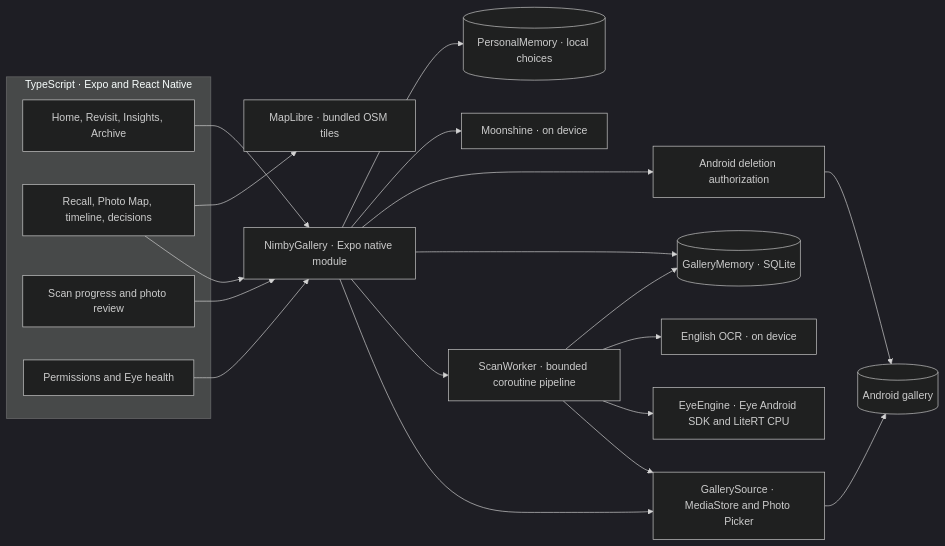
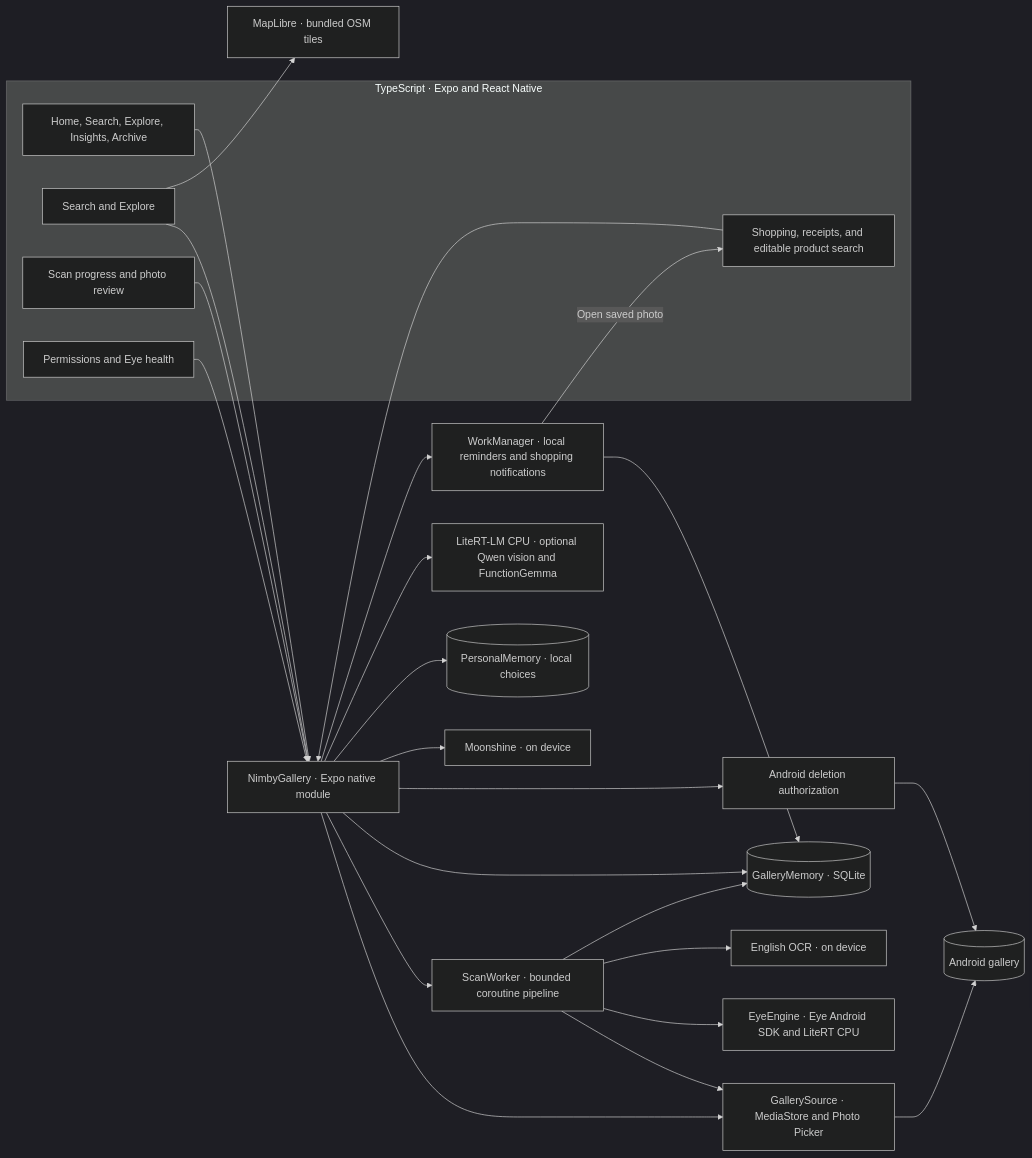
The first of 3 diagrams in README.md (harishkotra/nimby), drawn with Mermaid (dark theme) before and after one commit. The commit also changed other lines of this file and 28 other files, not shown here.

Commit message:
Add Explore, photo follow-ups, and on-device product search

````diff
--- a/README.md
+++ b/README.md
@@ -24,39 +35,47 @@
 ```mermaid
 flowchart LR
     subgraph UI["TypeScript · Expo and React Native"]
-        App["Home, Revisit, Insights, Archive"]
-        Recall["Recall, Photo Map, timeline, decisions"]
+        App["Home, Search, Explore, Insights, Archive"]
+        Recall["Search and Explore"]
         Review["Scan progress and photo review"]
         Settings["Permissions and Eye health"]
+        FollowUps["Shopping, receipts, and editable product search"]
     end
 
     Bridge["NimbyGallery · Expo native module"]
     Source["GallerySource · MediaStore and Photo Picker"]
     Worker["ScanWorker · bounded coroutine pipeline"]
     Eye["EyeEngine · Eye Android SDK and LiteRT CPU"]
     DB[("GalleryMemory · SQLite")]
     OCR["English OCR · on device"]
     Voice["Moonshine · on device"]
     Map["MapLibre · bundled OSM tiles"]
     Feedback[("PersonalMemory · local choices")]
+    Models["LiteRT-LM CPU · optional Qwen vision and FunctionGemma"]
+    Jobs["WorkManager · local reminders and shopping notifications"]
     Gallery[("Android gallery")]
     Delete["Android deletion authorization"]
 
     App --> Bridge
     Recall --> Bridge
     Recall --> Map
     Review --> Bridge
     Settings --> Bridge
+    FollowUps --> Bridge
     Bridge --> Source
     Bridge --> Worker
     Bridge --> DB
     Source --> Gallery
     Worker --> Source
     Worker --> Eye
     Worker --> OCR
     Worker --> DB
     Bridge --> Delete
     Bridge --> Voice
     Bridge --> Feedback
+    Bridge --> Models
+    Bridge --> Jobs
+    Jobs --> DB
+    Jobs -->|Open saved photo| FollowUps
     Delete --> Gallery
 ```
````
